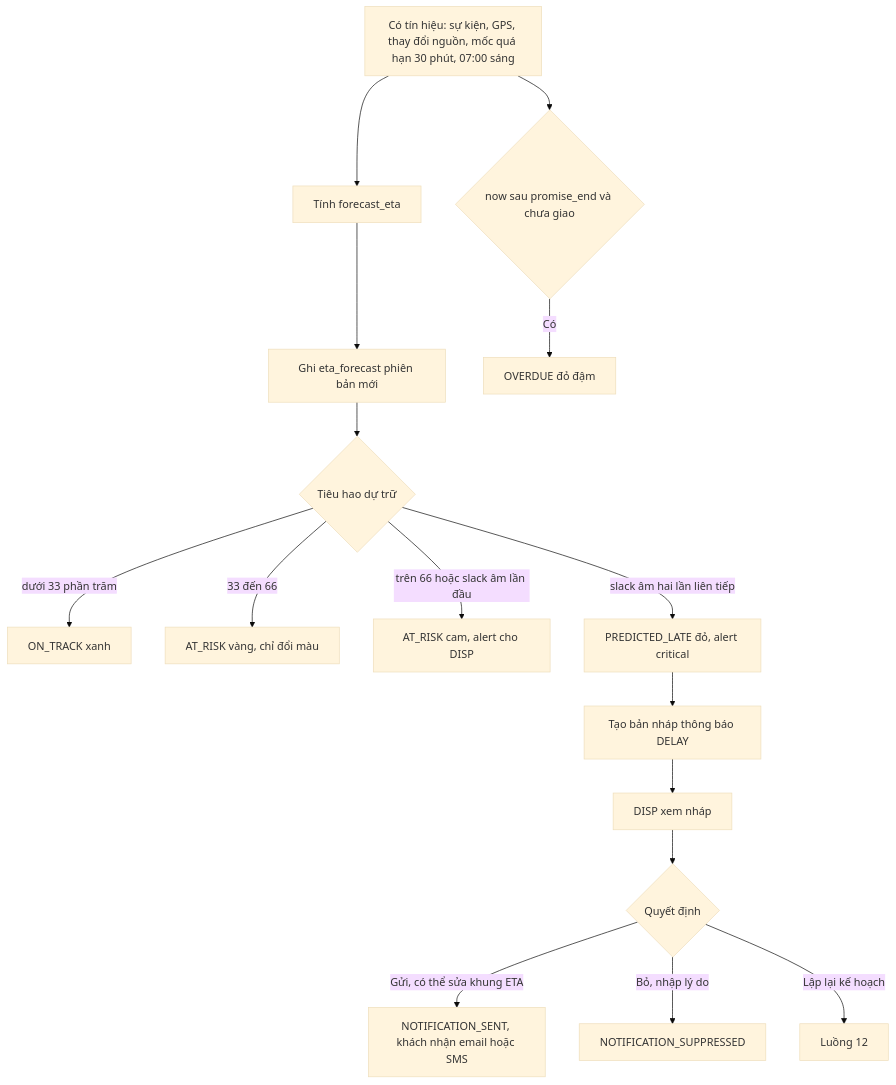
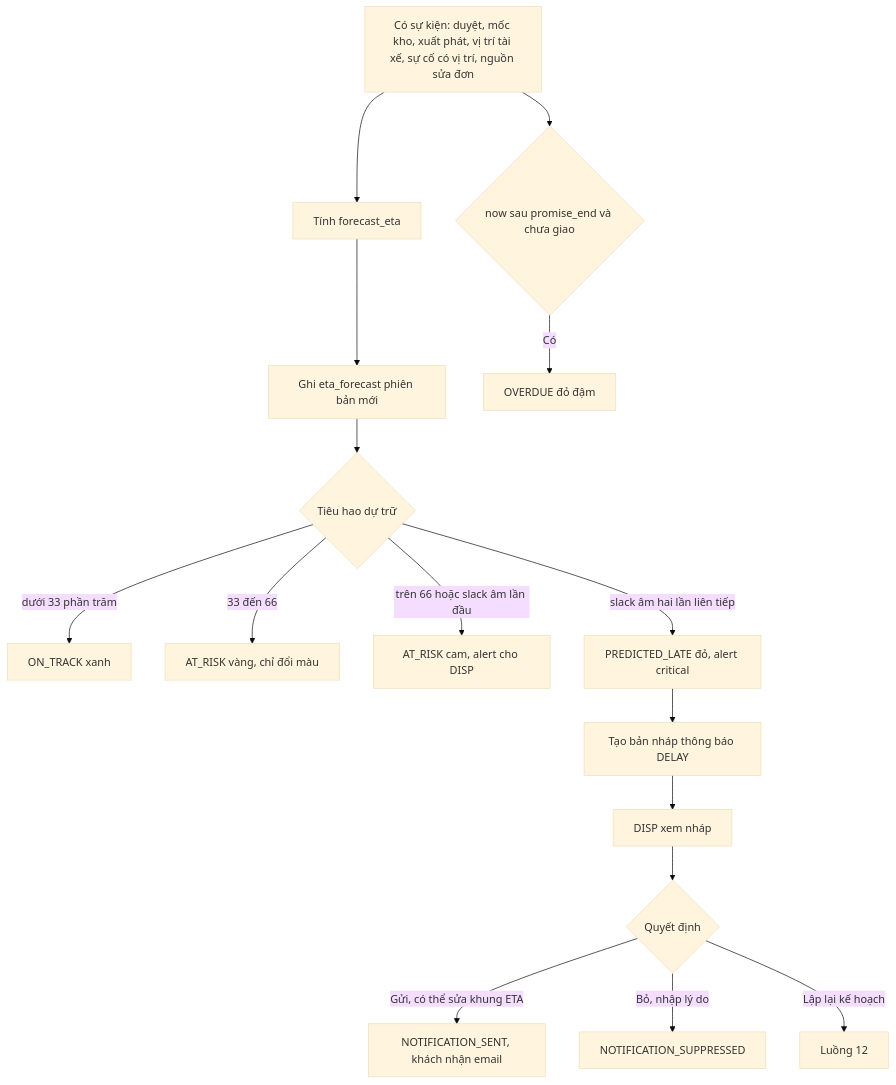
Before and after one commit to qaztyhn/cfo-itconsultant: the ninth of 14 diagrams in docs/07_User_Flows.md, drawn with Mermaid (base theme). The commit also changed other lines of this file and 9 other files, not shown here.

````diff
--- a/docs/07_User_Flows.md
+++ b/docs/07_User_Flows.md
@@ -276,18 +277,18 @@
 ```mermaid
 flowchart TD
-  A["Có tín hiệu: sự kiện, GPS, thay đổi nguồn, mốc quá hạn 30 phút, 07:00 sáng"] --> B["Tính forecast_eta"]
+  A["Có sự kiện: duyệt, mốc kho, xuất phát, vị trí tài xế, sự cố có vị trí, nguồn sửa đơn"] --> B["Tính forecast_eta"]
   B --> C["Ghi eta_forecast phiên bản mới"]
   C --> D{"Tiêu hao dự trữ"}
   D -- "dưới 33 phần trăm" --> G["ON_TRACK xanh"]
   D -- "33 đến 66" --> Y["AT_RISK vàng, chỉ đổi màu"]
   D -- "trên 66 hoặc slack âm lần đầu" --> O["AT_RISK cam, alert cho DISP"]
   D -- "slack âm hai lần liên tiếp" --> R["PREDICTED_LATE đỏ, alert critical"]
   R --> N["Tạo bản nháp thông báo DELAY"]
   N --> P["DISP xem nháp"]
   P --> Q{"Quyết định"}
-  Q -- "Gửi, có thể sửa khung ETA" --> S["NOTIFICATION_SENT, khách nhận email hoặc SMS"]
+  Q -- "Gửi, có thể sửa khung ETA" --> S["NOTIFICATION_SENT, khách nhận email"]
   Q -- "Bỏ, nhập lý do" --> T["NOTIFICATION_SUPPRESSED"]
   Q -- "Lập lại kế hoạch" --> U["Luồng 12"]
   A --> V{"now sau promise_end và chưa giao"}
   V -- "Có" --> W["OVERDUE đỏ đậm"]
 ```
````
